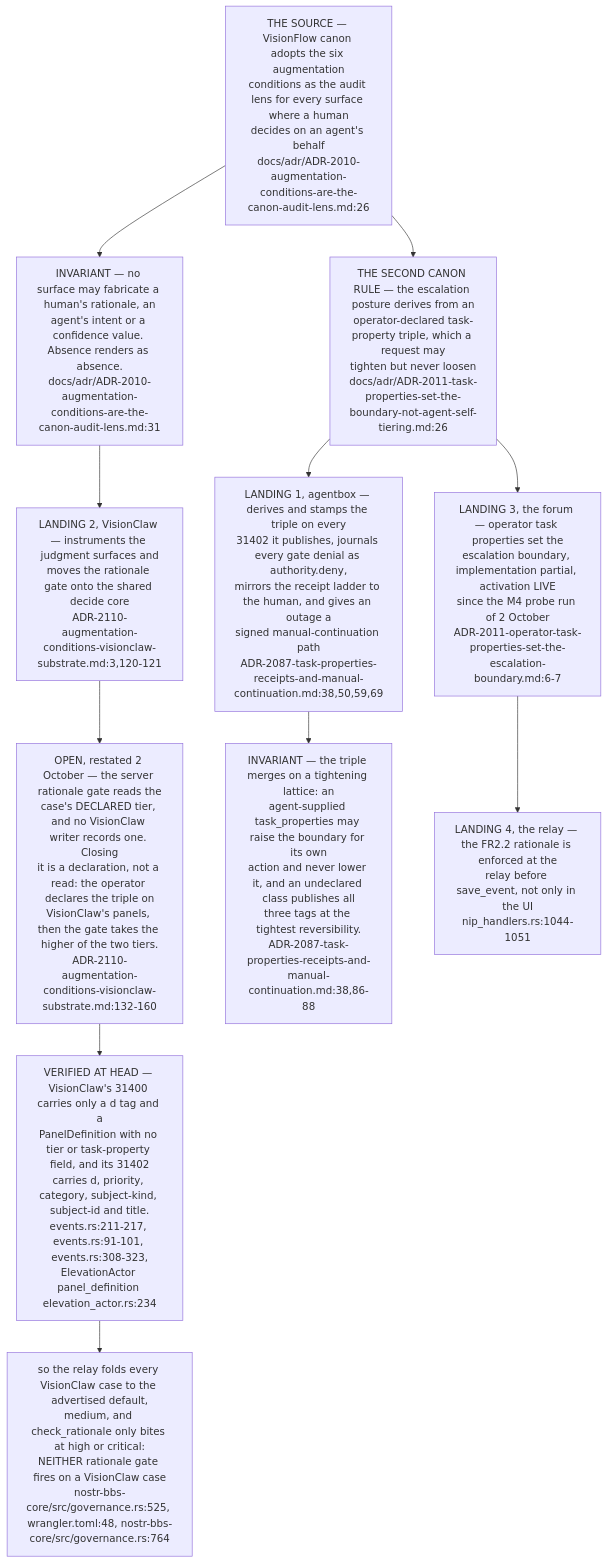
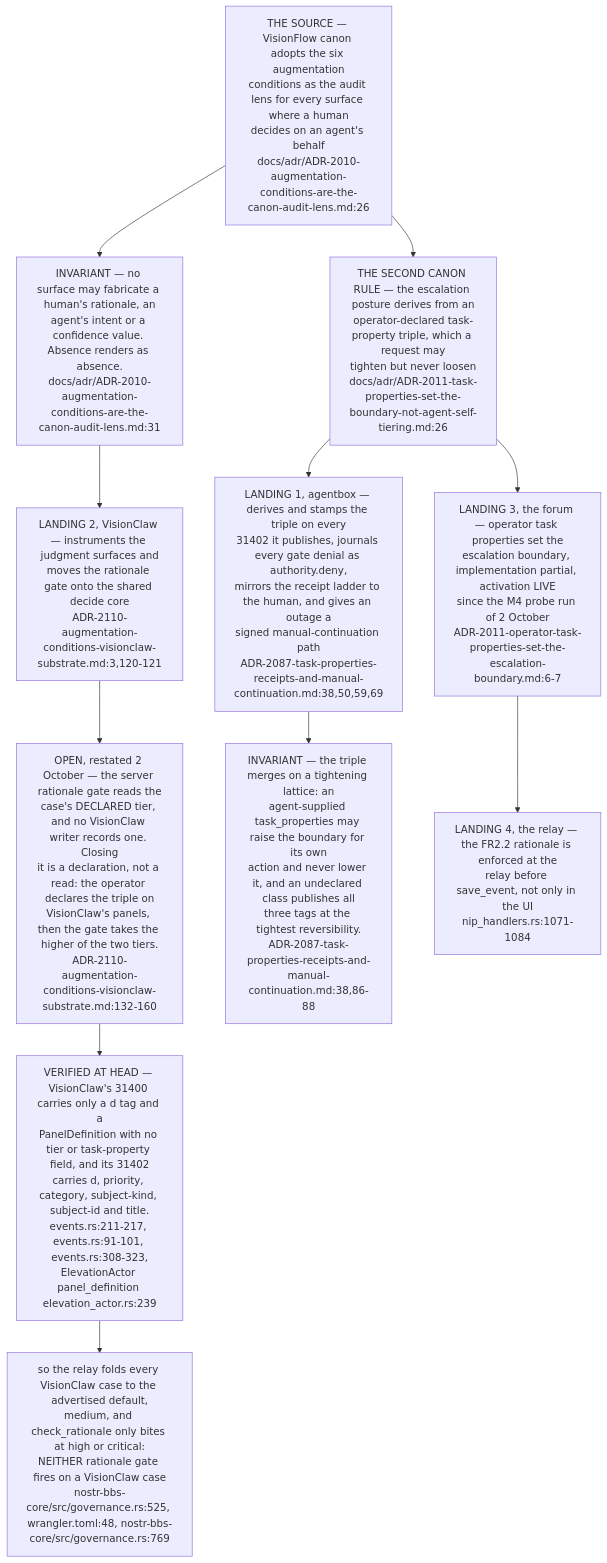
Before and after one commit to DreamLab-AI/VisionFlow: the eighth of 11 diagrams in docs/diagrams/estate/05-governance-loop-across-estate.md, drawn with Mermaid. The commit also changed other lines of this file and 111 other files, not shown here.

Commit message:
docs(diagrams): align estate maps with current source

````diff
--- a/docs/diagrams/estate/05-governance-loop-across-estate.md
+++ b/docs/diagrams/estate/05-governance-loop-across-estate.md
@@ -235,27 +235,27 @@
 ```mermaid
 flowchart TB
     CANON["THE SOURCE — VisionFlow canon adopts the six augmentation<br/>conditions as the audit lens for every surface where a human<br/>decides on an agent's behalf<br/>docs/adr/ADR-2010-augmentation-conditions-are-the-canon-audit-lens.md:26"]
     RULE["INVARIANT — no surface may fabricate a human's rationale, an<br/>agent's intent or a confidence value. Absence renders as absence.<br/>docs/adr/ADR-2010-augmentation-conditions-are-the-canon-audit-lens.md:31"]
     BOUND["THE SECOND CANON RULE — the escalation posture derives from an<br/>operator-declared task-property triple, which a request may<br/>tighten but never loosen<br/>docs/adr/ADR-2011-task-properties-set-the-boundary-not-agent-self-tiering.md:26"]
     CANON --> RULE
     CANON --> BOUND
 
     AB["LANDING 1, agentbox — derives and stamps the triple on every<br/>31402 it publishes, journals every gate denial as authority.deny,<br/>mirrors the receipt ladder to the human, and gives an outage a<br/>signed manual-continuation path<br/>ADR-2087-task-properties-receipts-and-manual-continuation.md:38,50,59,69"]
     VC["LANDING 2, VisionClaw — instruments the judgment surfaces and<br/>moves the rationale gate onto the shared decide core<br/>ADR-2110-augmentation-conditions-visionclaw-substrate.md:3,120-121"]
     FRM["LANDING 3, the forum — operator task properties set the<br/>escalation boundary, implementation partial, activation LIVE<br/>since the M4 probe run of 2 October<br/>ADR-2011-operator-task-properties-set-the-escalation-boundary.md:6-7"]
-    REL["LANDING 4, the relay — the FR2.2 rationale is enforced at the<br/>relay before save_event, not only in the UI<br/>nip_handlers.rs:1044-1051"]
+    REL["LANDING 4, the relay — the FR2.2 rationale is enforced at the<br/>relay before save_event, not only in the UI<br/>nip_handlers.rs:1071-1084"]
 
     BOUND --> AB
     RULE --> VC
     BOUND --> FRM
     FRM --> REL
 
     OPEN["OPEN, restated 2 October — the server rationale gate reads the<br/>case's DECLARED tier, and no VisionClaw writer records one. Closing<br/>it is a declaration, not a read: the operator declares the triple on<br/>VisionClaw's panels, then the gate takes the higher of the two tiers.<br/>ADR-2110-augmentation-conditions-visionclaw-substrate.md:132-160"]
-    NOTIER["VERIFIED AT HEAD — VisionClaw's 31400 carries only a d tag and a<br/>PanelDefinition with no tier or task-property field, and its 31402<br/>carries d, priority, category, subject-kind, subject-id and title.<br/>events.rs:211-217, events.rs:91-101, events.rs:308-323,<br/>ElevationActor panel_definition elevation_actor.rs:234"]
-    MED["so the relay folds every VisionClaw case to the advertised default,<br/>medium, and check_rationale only bites at high or critical:<br/>NEITHER rationale gate fires on a VisionClaw case<br/>nostr-bbs-core/src/governance.rs:525, wrangler.toml:48, nostr-bbs-core/src/governance.rs:764"]
+    NOTIER["VERIFIED AT HEAD — VisionClaw's 31400 carries only a d tag and a<br/>PanelDefinition with no tier or task-property field, and its 31402<br/>carries d, priority, category, subject-kind, subject-id and title.<br/>events.rs:211-217, events.rs:91-101, events.rs:308-323,<br/>ElevationActor panel_definition elevation_actor.rs:239"]
+    MED["so the relay folds every VisionClaw case to the advertised default,<br/>medium, and check_rationale only bites at high or critical:<br/>NEITHER rationale gate fires on a VisionClaw case<br/>nostr-bbs-core/src/governance.rs:525, wrangler.toml:48, nostr-bbs-core/src/governance.rs:769"]
     OPEN --> NOTIER --> MED
     VC --> OPEN
 
     TIGHT["INVARIANT — the triple merges on a tightening lattice: an<br/>agent-supplied task_properties may raise the boundary for its own<br/>action and never lower it, and an undeclared class publishes all<br/>three tags at the tightest reversibility.<br/>ADR-2087-task-properties-receipts-and-manual-continuation.md:38,86-88"]
     AB --> TIGHT
 ```
````
